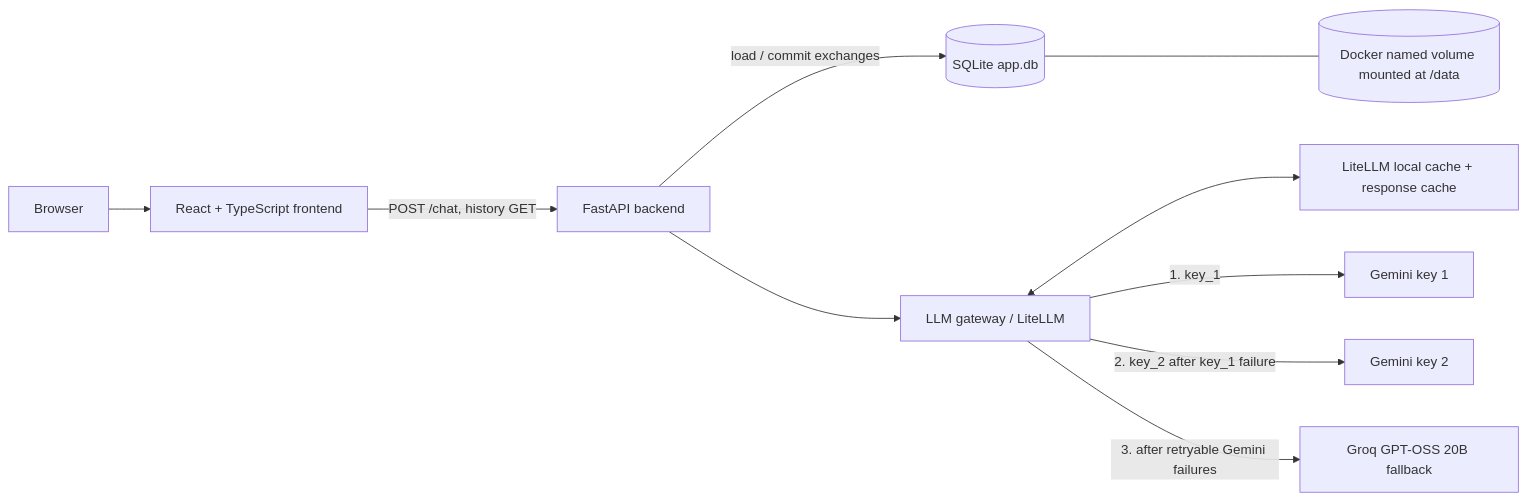
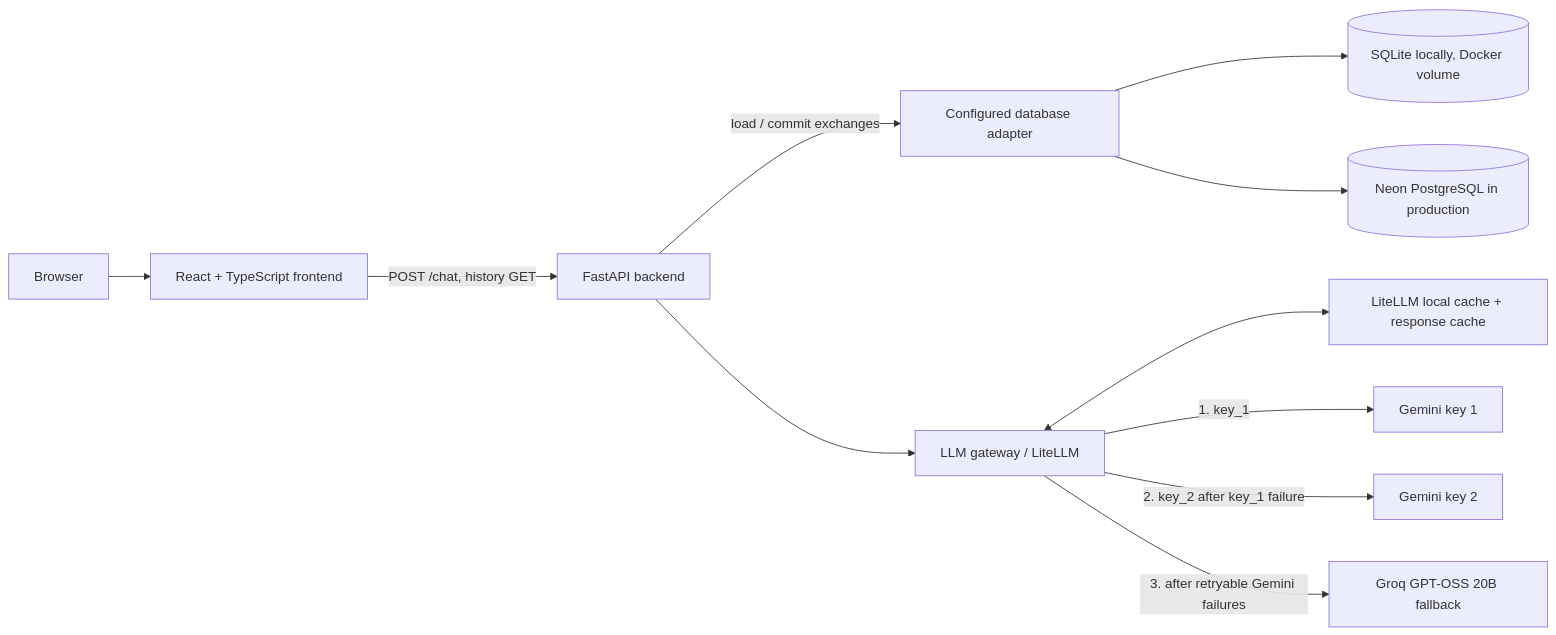
One commit to Prince-Singhalia/lyftr-ai-chat-assessment changed the diagram in README.md. Above: the diagram before and after it, drawn with Mermaid. The commit also changed other lines of this file and 9 other files, not shown here.

Commit message:
feat(db): add PostgreSQL persistence for production

````diff
--- a/README.md
+++ b/README.md
@@ -25,23 +25,25 @@
 ```mermaid
 flowchart LR
   Browser[Browser]
   Frontend[React + TypeScript frontend]
   Backend[FastAPI backend]
   Gateway[LLM gateway / LiteLLM]
   Gemini1[Gemini key 1]
   Gemini2[Gemini key 2]
   Groq[Groq GPT-OSS 20B fallback]
   Cache[LiteLLM local cache + response cache]
-  SQLite[(SQLite app.db)]
-  Volume[(Docker named volume mounted at /data)]
+  Database[Configured database adapter]
+  SQLite[(SQLite locally, Docker volume)]
+  Neon[(Neon PostgreSQL in production)]
 
   Browser --> Frontend
   Frontend -->|POST /chat, history GET| Backend
-  Backend -->|load / commit exchanges| SQLite
-  SQLite --- Volume
+  Backend -->|load / commit exchanges| Database
+  Database --> SQLite
+  Database --> Neon
   Backend --> Gateway
   Gateway <--> Cache
   Gateway -->|1. key_1| Gemini1
   Gateway -->|2. key_2 after key_1 failure| Gemini2
   Gateway -->|3. after retryable Gemini failures| Groq
 ```
````
